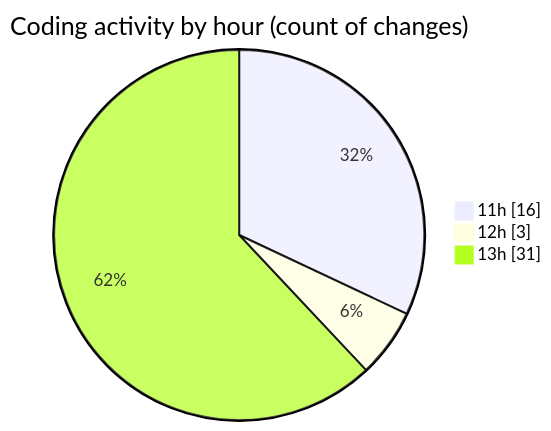
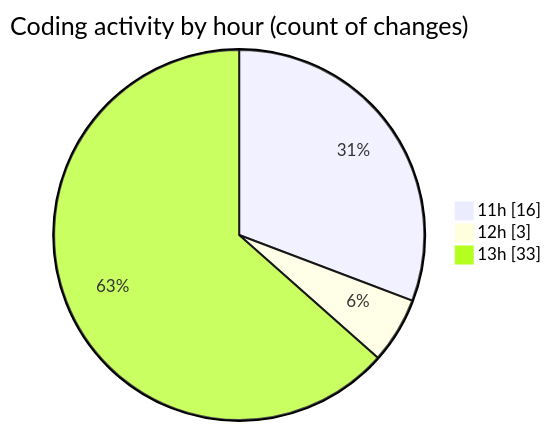
One commit to nxtqubesakshisongat/code-tracking changed the second of 2 diagrams in 2025-07-08/argos/README.md. Above: the diagram before and after it, drawn with Mermaid. The commit also changed other lines of this file and 1 other file, not shown here.

````diff
--- a/2025-07-08/argos/README.md
+++ b/2025-07-08/argos/README.md
@@ -32,7 +32,7 @@
 ```mermaid
 pie showData
 title Coding activity by hour (count of changes)
 "11h" : 16
 "12h" : 3
-"13h" : 31
+"13h" : 33
 ```
````
